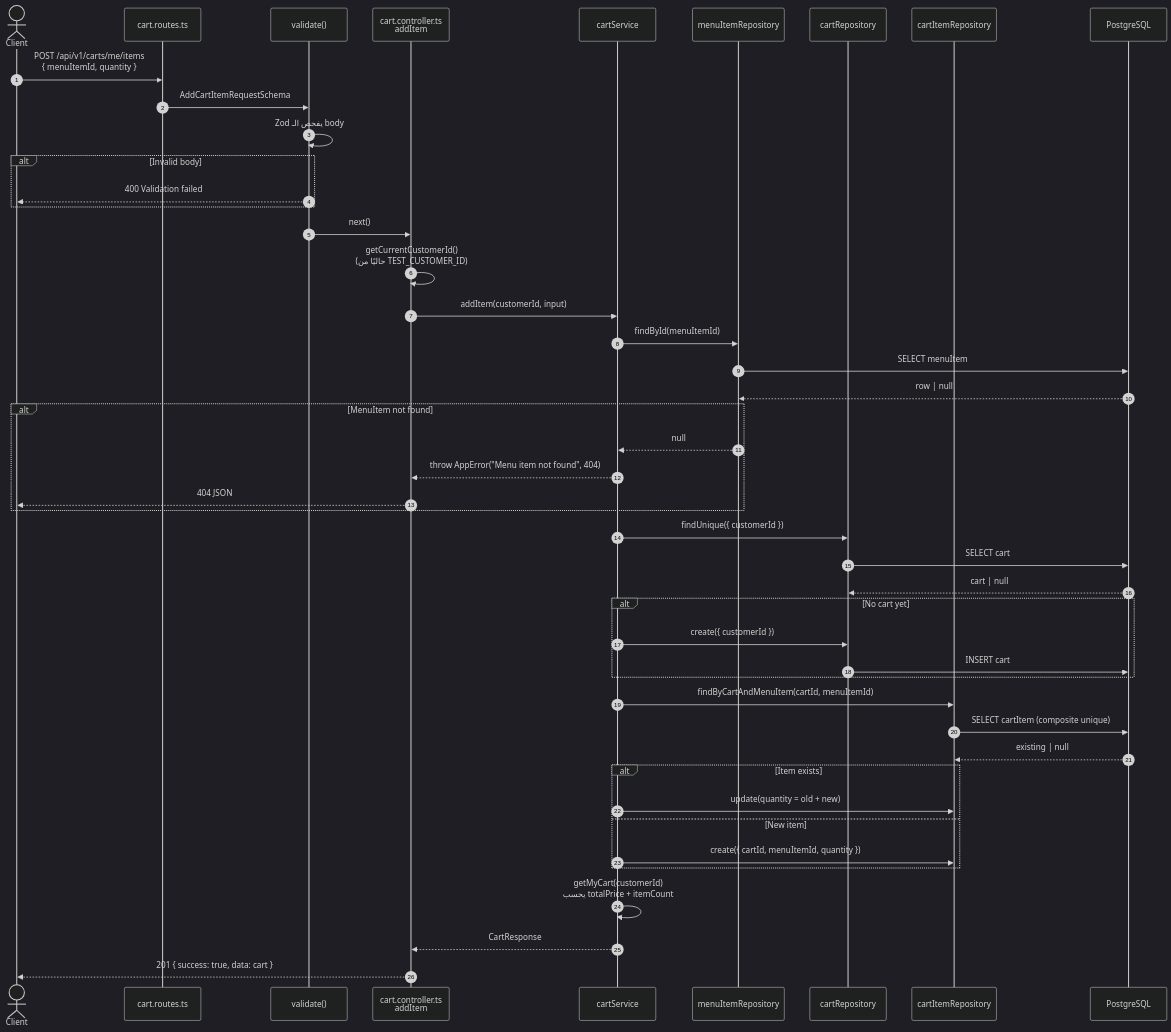
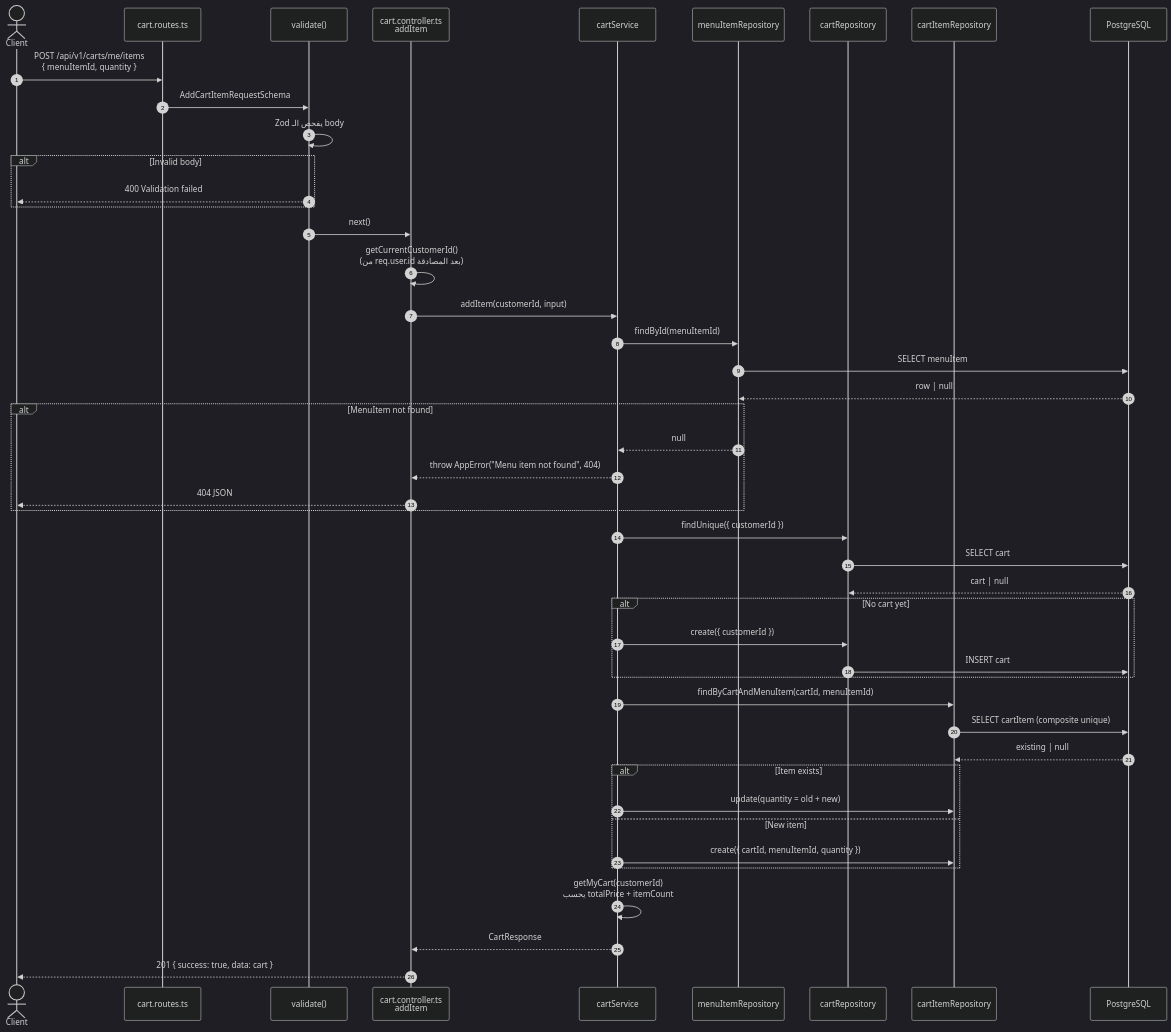
Before and after one commit to Foodlify/Group-2-Team-1: the sixth of 8 diagrams in docs/ARCHITECTURE.md, drawn with Mermaid (dark theme). The commit also changed other lines of this file and 14 other files, not shown here.

````diff
--- a/docs/ARCHITECTURE.md
+++ b/docs/ARCHITECTURE.md
@@ -266,58 +266,58 @@
 ```mermaid
 sequenceDiagram
     autonumber
     actor Client
     participant Router as cart.routes.ts
     participant Validate as validate()
     participant Ctrl as cart.controller.ts<br/>addItem
     participant Svc as cartService
     participant MIRepo as menuItemRepository
     participant CRepo as cartRepository
     participant CIRepo as cartItemRepository
     participant DB as PostgreSQL
 
     Client->>Router: POST /api/v1/carts/me/items<br/>{ menuItemId, quantity }
     Router->>Validate: AddCartItemRequestSchema
     Validate->>Validate: Zod يفحص الـ body
 
     alt Invalid body
         Validate-->>Client: 400 Validation failed
     end
 
     Validate->>Ctrl: next()
-    Ctrl->>Ctrl: getCurrentCustomerId()<br/>(حاليًا من TEST_CUSTOMER_ID)
+    Ctrl->>Ctrl: getCurrentCustomerId()<br/>(من req.user.id بعد المصادقة)
     Ctrl->>Svc: addItem(customerId, input)
 
     Svc->>MIRepo: findById(menuItemId)
     MIRepo->>DB: SELECT menuItem
     DB-->>MIRepo: row | null
 
     alt MenuItem not found
         MIRepo-->>Svc: null
         Svc-->>Ctrl: throw AppError("Menu item not found", 404)
         Ctrl-->>Client: 404 JSON
     end
 
     Svc->>CRepo: findUnique({ customerId })
     CRepo->>DB: SELECT cart
     DB-->>CRepo: cart | null
 
     alt No cart yet
         Svc->>CRepo: create({ customerId })
         CRepo->>DB: INSERT cart
     end
 
     Svc->>CIRepo: findByCartAndMenuItem(cartId, menuItemId)
     CIRepo->>DB: SELECT cartItem (composite unique)
     DB-->>CIRepo: existing | null
 
     alt Item exists
         Svc->>CIRepo: update(quantity = old + new)
     else New item
         Svc->>CIRepo: create({ cartId, menuItemId, quantity })
     end
 
     Svc->>Svc: getMyCart(customerId)<br/>يحسب totalPrice + itemCount
     Svc-->>Ctrl: CartResponse
     Ctrl-->>Client: 201 { success: true, data: cart }
 ```
````
